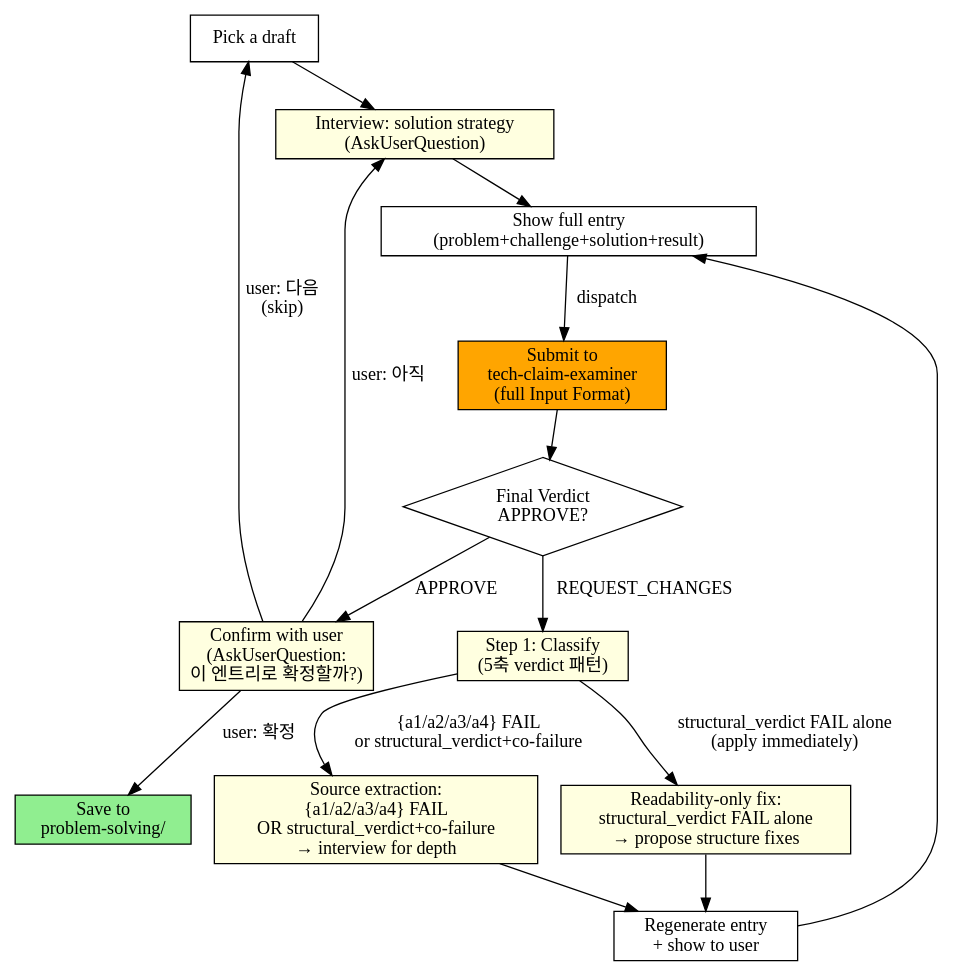
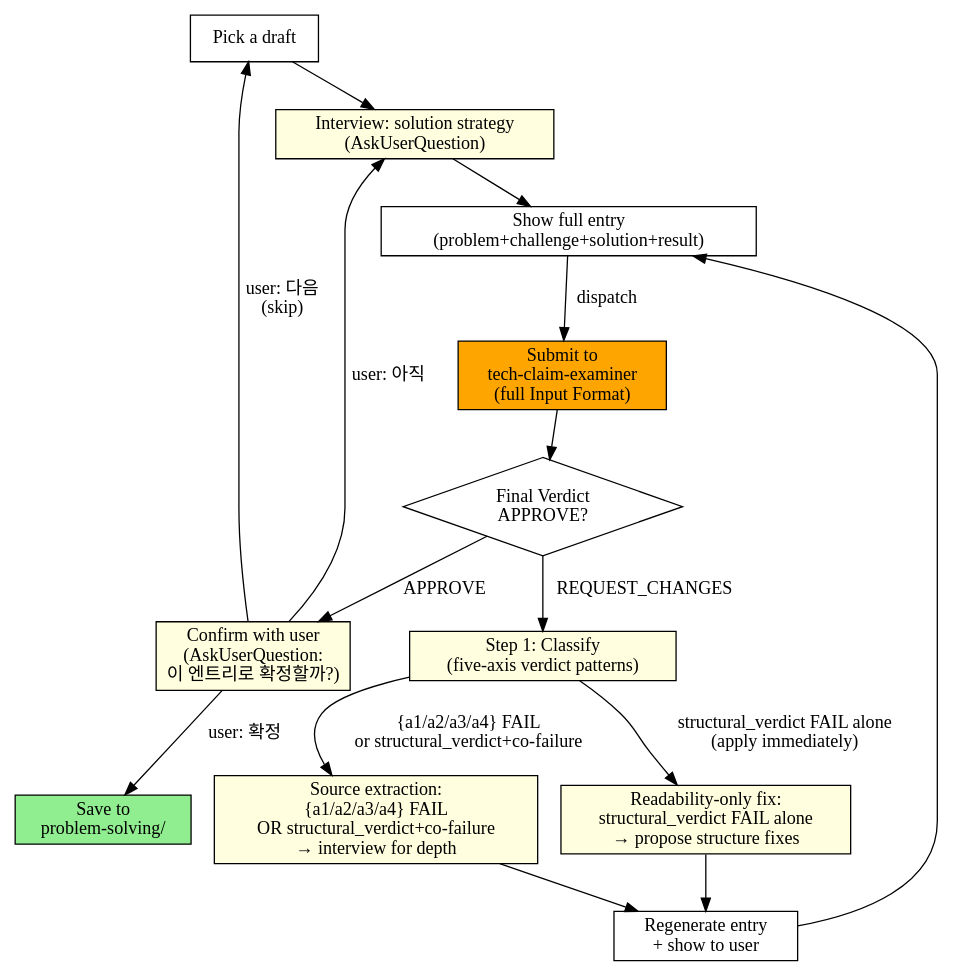
Before and after one commit to toongri/oh-my-toong-playground: the third of 3 diagrams in skills/resume-forge/SKILL.md, drawn with Graphviz. The commit also changed other lines of this file and 64 other files, not shown here.

````diff
--- a/skills/resume-forge/SKILL.md
+++ b/skills/resume-forge/SKILL.md
@@ -116,31 +116,31 @@
 ```dot
 digraph loop2 {
     rankdir=TB;
     pick [shape=box, label="Pick a draft"];
     interview [shape=box, label="Interview: solution strategy\n(AskUserQuestion)", style=filled, fillcolor=lightyellow];
     show [shape=box, label="Show full entry\n(problem+challenge+solution+result)"];
     confirm [shape=box, label="Confirm with user\n(AskUserQuestion:\n이 엔트리로 확정할까?)", style=filled, fillcolor=lightyellow];
     exam [shape=box, label="Submit to\ntech-claim-examiner\n(full Input Format)", style=filled, fillcolor=orange];
     check [shape=diamond, label="Final Verdict\nAPPROVE?"];
     save [shape=box, label="Save to\nproblem-solving/", style=filled, fillcolor=lightgreen];
     e_fail [shape=box, label="Source extraction:\n{a1/a2/a3/a4} FAIL\nOR structural_verdict+co-failure\n→ interview for depth", style=filled, fillcolor=lightyellow];
     r_fail [shape=box, label="Readability-only fix:\nstructural_verdict FAIL alone\n→ propose structure fixes", style=filled, fillcolor=lightyellow];
     revise [shape=box, label="Regenerate entry\n+ show to user"];
 
     pick -> interview;
     interview -> show;
     show -> exam [label="dispatch"];
     exam -> check;
     check -> confirm [label="APPROVE"];
     check -> classify [label="REQUEST_CHANGES"];
     confirm -> save [label="user: 확정"];
     confirm -> interview [label="user: 아직"];
     confirm -> pick [label="user: 다음\n(skip)"];
-    classify [shape=box, label="Step 1: Classify\n(5축 verdict 패턴)", style=filled, fillcolor=lightyellow];
+    classify [shape=box, label="Step 1: Classify\n(five-axis verdict patterns)", style=filled, fillcolor=lightyellow];
     classify -> r_fail [label="structural_verdict FAIL alone\n(apply immediately)"];
     classify -> e_fail [label="{a1/a2/a3/a4} FAIL\nor structural_verdict+co-failure"];
     e_fail -> revise;
     r_fail -> revise;
     revise -> show;
 }
 ```
````
